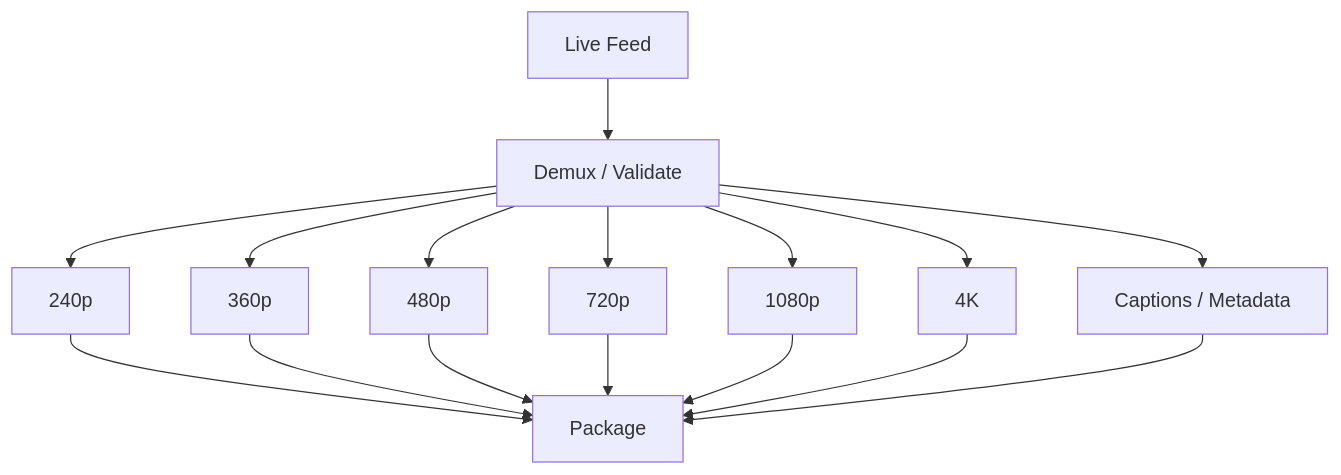
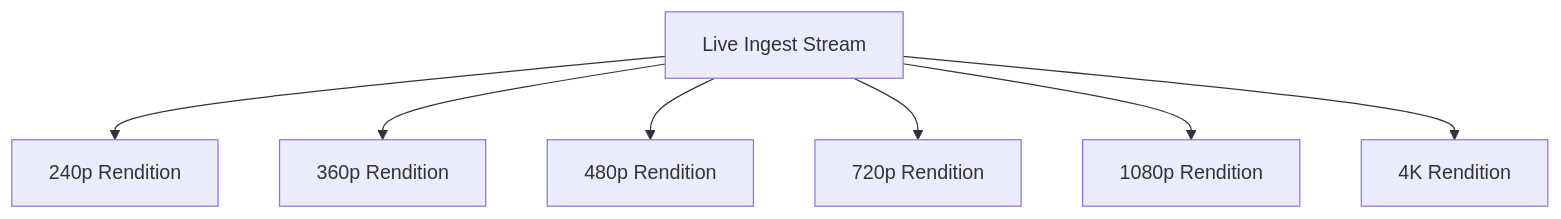
One commit to gojosatoru123-ux/CacheU changed the third of 16 diagrams in src/content/design-a-live-streaming-service.md. Above: the diagram before and after it, drawn with Mermaid. The commit also changed other lines of this file and 13 other files, not shown here.

````diff
--- a/src/content/design-a-live-streaming-service.md
+++ b/src/content/design-a-live-streaming-service.md
@@ -291,18 +339,9 @@
 ```mermaid
 flowchart TD
-    LiveFeed[Live Feed] --> Demux[Demux / Validate]
-    Demux --> Encode240[240p]
-    Demux --> Encode360[360p]
-    Demux --> Encode480[480p]
-    Demux --> Encode720[720p]
-    Demux --> Encode1080[1080p]
-    Demux --> Encode4K[4K]
-    Demux --> Captions[Captions / Metadata]
-    Encode240 --> Package
-    Encode360 --> Package
-    Encode480 --> Package
-    Encode720 --> Package
-    Encode1080 --> Package
-    Encode4K --> Package
-    Captions --> Package
+    Input[Live Ingest Stream] --> E1[240p Rendition]
+    Input --> E2[360p Rendition]
+    Input --> E3[480p Rendition]
+    Input --> E4[720p Rendition]
+    Input --> E5[1080p Rendition]
+    Input --> E6[4K Rendition]
 ```
````
